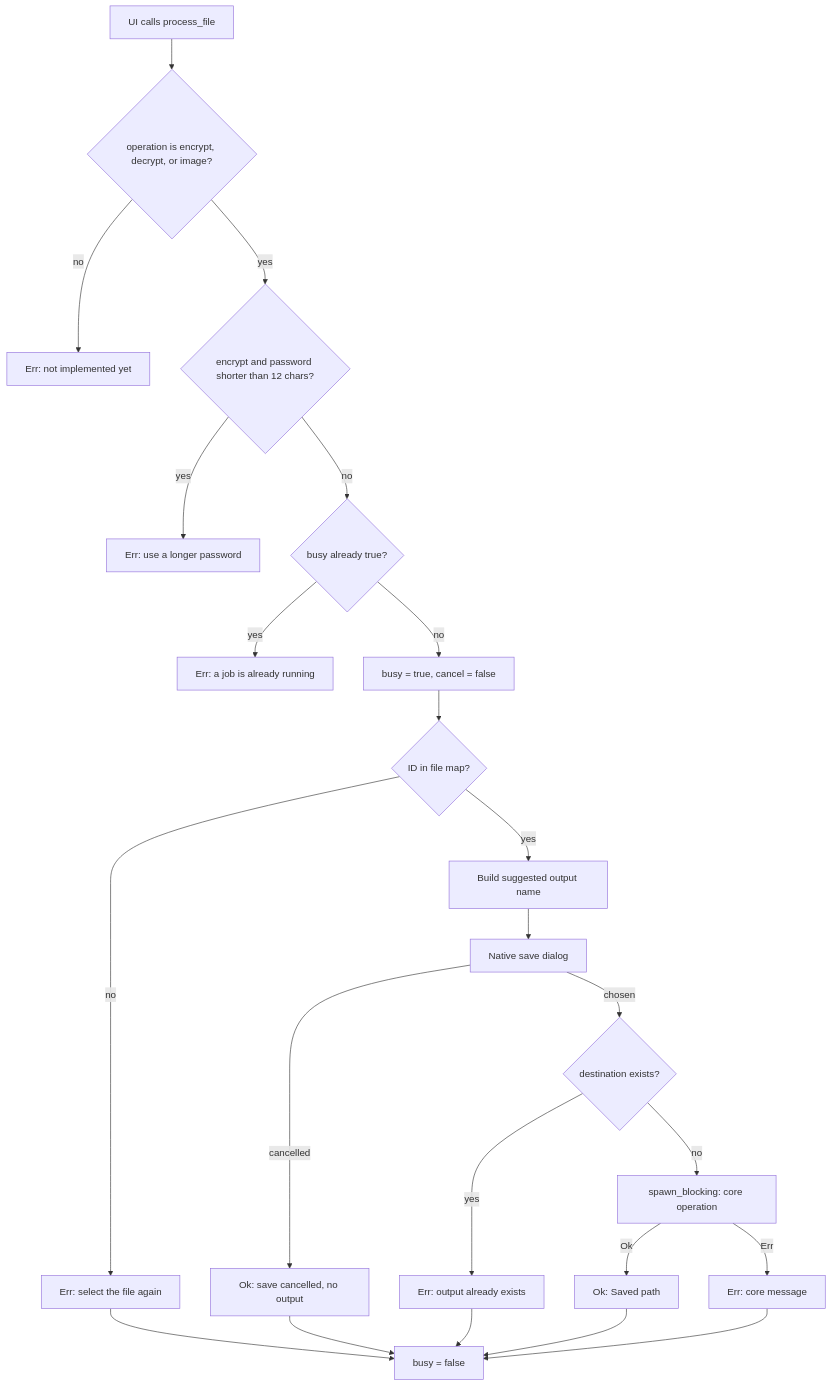
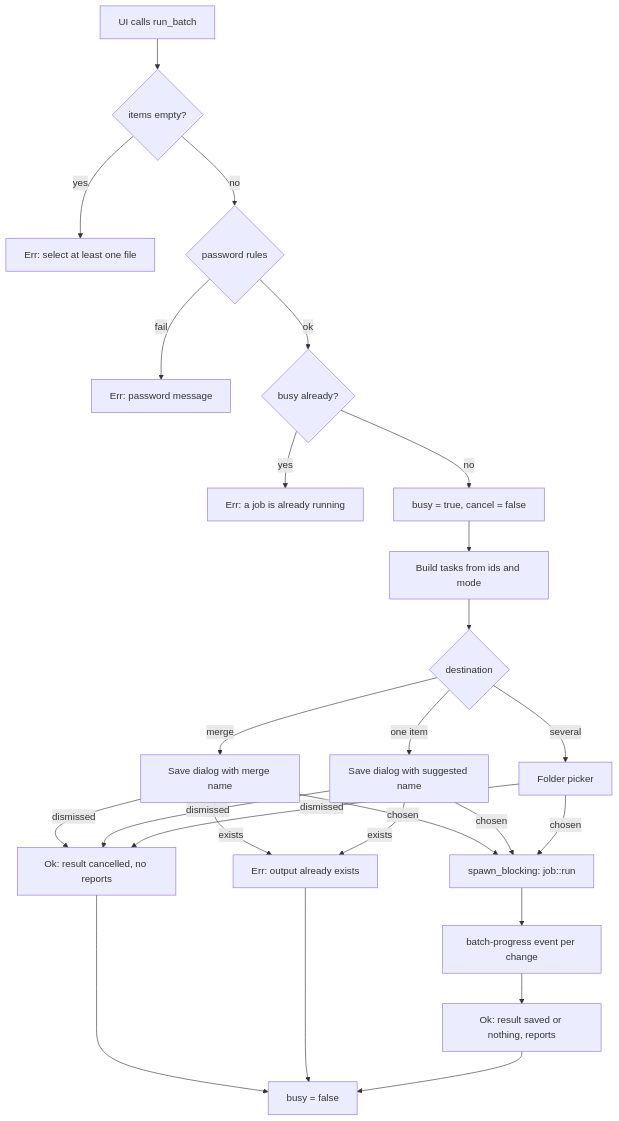
One commit to preska-elixirr/doc_converter changed the diagram in docs/JOB_LIFECYCLE.md. Above: the diagram before and after it, drawn with Mermaid. The commit also changed other lines of this file and 49 other files, not shown here.

````diff
--- a/docs/JOB_LIFECYCLE.md
+++ b/docs/JOB_LIFECYCLE.md
@@ -25,25 +27,21 @@
 ```mermaid
 flowchart TD
-  A[UI calls process_file] --> B{operation is encrypt, decrypt, or image?}
-  B -- no --> E1[Err: not implemented yet]
-  B -- yes --> C{encrypt and password shorter than 12 chars?}
-  C -- yes --> E2[Err: use a longer password]
-  C -- no --> D{busy already true?}
+  A[UI calls run_batch] --> B{items empty?}
+  B -- yes --> E1[Err: select at least one file]
+  B -- no --> C{password rules}
+  C -- fail --> E2[Err: password message]
+  C -- ok --> D{busy already?}
   D -- yes --> E3[Err: a job is already running]
   D -- no --> F[busy = true, cancel = false]
-  F --> G{ID in file map?}
-  G -- no --> E4[Err: select the file again]
-  G -- yes --> H[Build suggested output name]
-  H --> I[Native save dialog]
-  I -- cancelled --> R1[Ok: save cancelled, no output]
-  I -- chosen --> J{destination exists?}
-  J -- yes --> E5[Err: output already exists]
-  J -- no --> K[spawn_blocking: core operation]
-  K -- Ok --> R2[Ok: Saved path]
-  K -- Err --> E6[Err: core message]
-  R1 --> Z[busy = false]
-  R2 --> Z
-  E4 --> Z
-  E5 --> Z
-  E6 --> Z
+  F --> G[Build tasks from ids and mode]
+  G --> H{destination}
+  H -- merge --> I1[Save dialog with merge name]
+  H -- one item --> I2[Save dialog with suggested name]
+  H -- several --> I3[Folder picker]
+  I1 & I2 & I3 -- dismissed --> R1[Ok: result cancelled, no reports]
+  I1 & I2 -- exists --> E4[Err: output already exists]
+  I1 & I2 & I3 -- chosen --> J[spawn_blocking: job::run]
+  J --> K[batch-progress event per change]
+  K --> L[Ok: result saved or nothing, reports]
+  R1 & E4 & L --> Z[busy = false]
 ```
````
